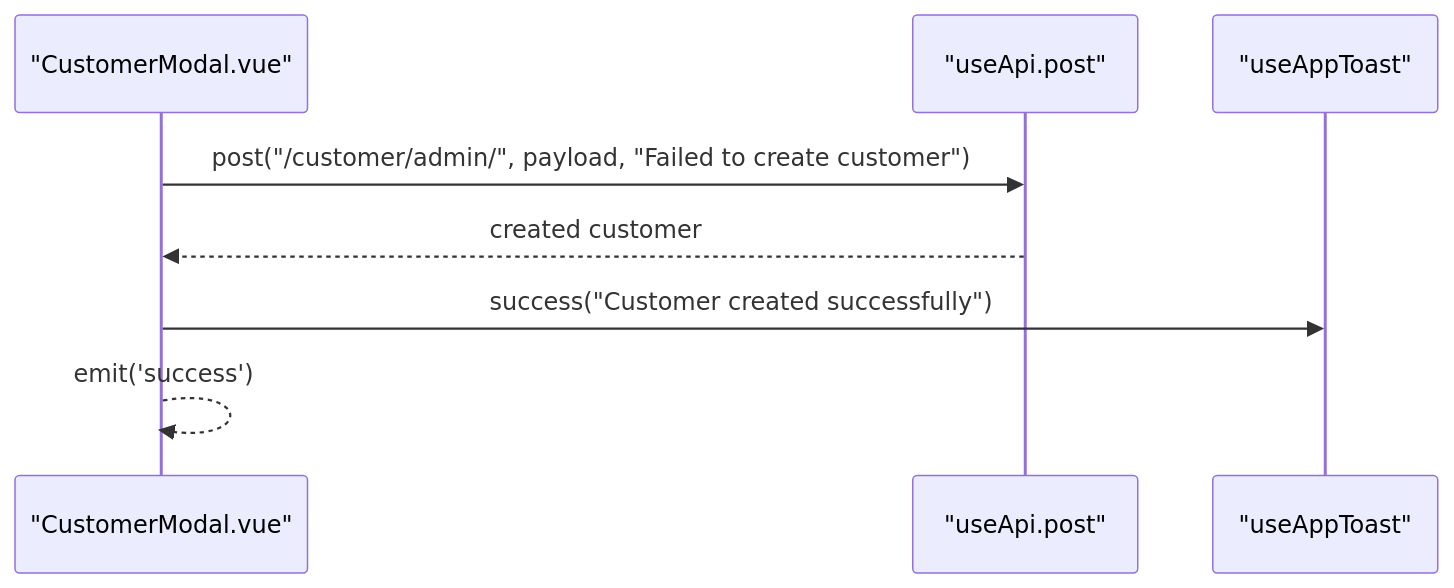
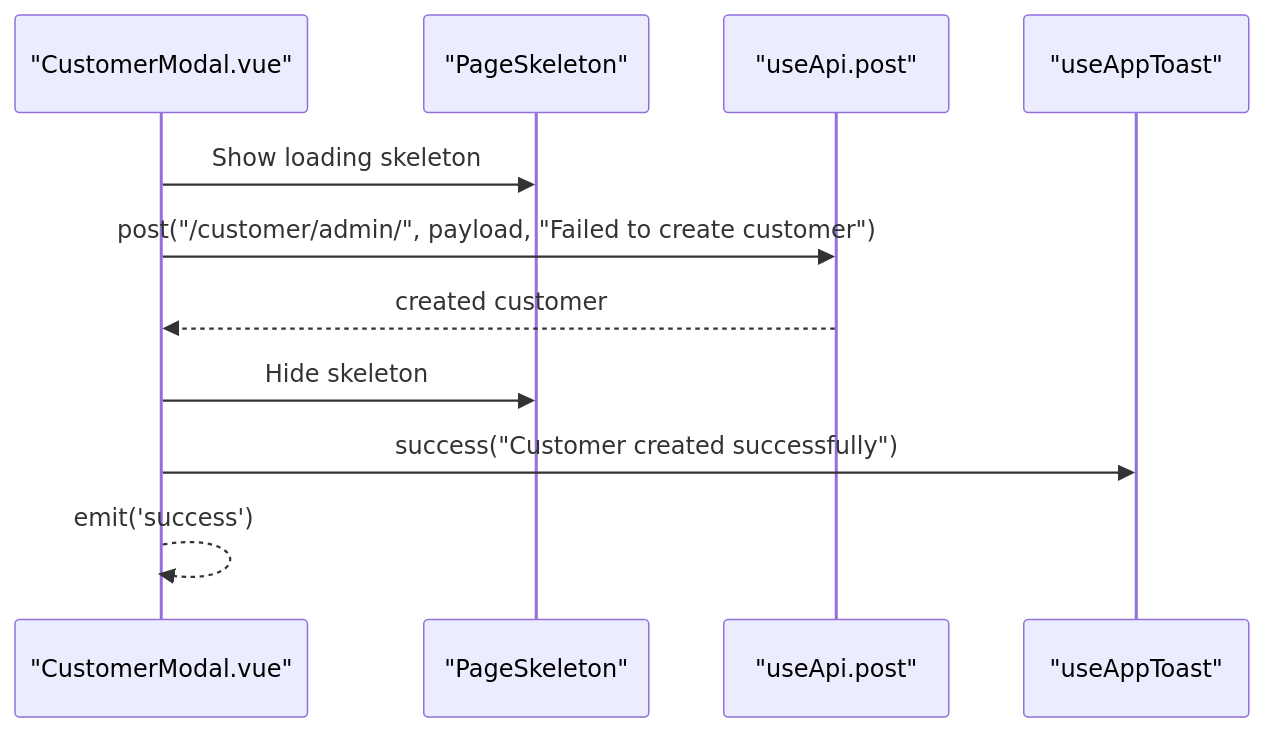
The fifth of 8 diagrams in .qoder/repowiki/en/content/Architecture & Design/API Integration & Communication.md (Lazynerd-Studios/lacarte-atlas-console), drawn with Mermaid before and after one commit. The commit also changed other lines of this file and 14 other files, not shown here.

````diff
--- a/.qoder/repowiki/en/content/Architecture & Design/API Integration & Communication.md
+++ b/.qoder/repowiki/en/content/Architecture & Design/API Integration & Communication.md
@@ -254,10 +306,13 @@
 ```mermaid
 sequenceDiagram
 participant Modal as "CustomerModal.vue"
+participant Skeleton as "PageSkeleton"
 participant Api as "useApi.post"
 participant Toast as "useAppToast"
+Modal->>Skeleton : Show loading skeleton
 Modal->>Api : post("/customer/admin/", payload, "Failed to create customer")
 Api-->>Modal : created customer
+Modal->>Skeleton : Hide skeleton
 Modal->>Toast : success("Customer created successfully")
 Modal-->>Modal : emit('success')
 ```
````
